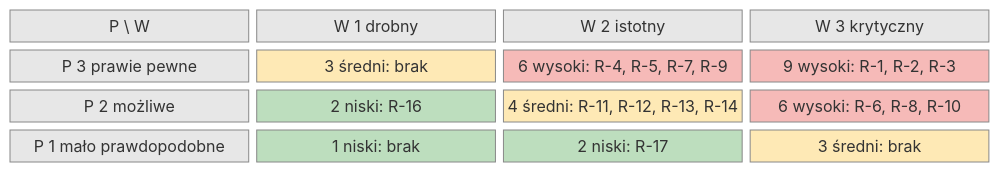
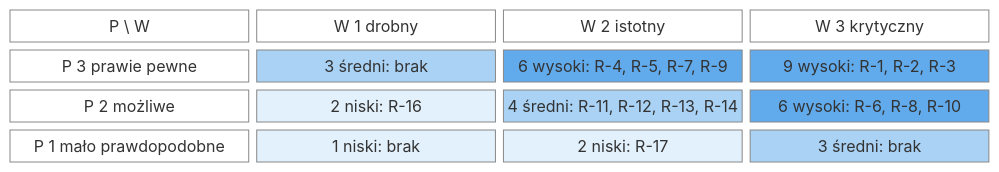
The diagram in docs/docs/biznes/ryzyka.md (dostepny-kampus/dostepny-kampus), drawn with Mermaid before and after one commit. The commit also changed other lines of this file, not shown here.

Commit message:
docs(biznes): use sequential palette in risk matrix

````diff
--- a/docs/docs/biznes/ryzyka.md
+++ b/docs/docs/biznes/ryzyka.md
@@ -40,16 +40,16 @@
 ```mermaid
 block-beta
   columns 4
   naroznik["P \ W"] w1["W 1 drobny"] w2["W 2 istotny"] w3["W 3 krytyczny"]
   p3["P 3 prawie pewne"] c31["3 średni: brak"] c32["6 wysoki: R-4, R-5, R-7, R-9"] c33["9 wysoki: R-1, R-2, R-3"]
   p2["P 2 możliwe"] c21["2 niski: R-16"] c22["4 średni: R-11, R-12, R-13, R-14"] c23["6 wysoki: R-6, R-8, R-10"]
   p1["P 1 mało prawdopodobne"] c11["1 niski: brak"] c12["2 niski: R-17"] c13["3 średni: brak"]
-  classDef naglowek fill:#9e9e9e,fill-opacity:0.25,stroke:#888
-  classDef wysoki fill:#e53935,fill-opacity:0.35,stroke:#888
-  classDef sredni fill:#fbc02d,fill-opacity:0.35,stroke:#888
-  classDef niski fill:#43a047,fill-opacity:0.35,stroke:#888
+  classDef naglowek fill:none,stroke:#888
+  classDef wysoki fill:#1e88e5,fill-opacity:0.7,stroke:#888
+  classDef sredni fill:#1e88e5,fill-opacity:0.38,stroke:#888
+  classDef niski fill:#1e88e5,fill-opacity:0.12,stroke:#888
   class naroznik,w1,w2,w3,p3,p2,p1 naglowek
   class c33,c32,c23 wysoki
   class c31,c22,c13 sredni
   class c21,c11,c12 niski
 ```
````
